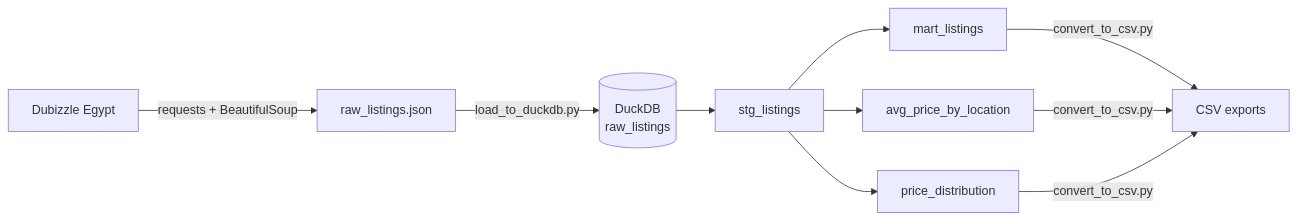
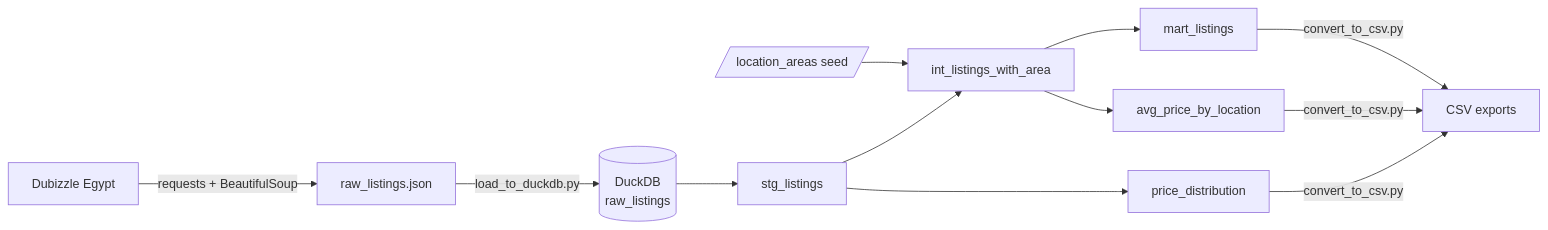
Before and after one commit to GigiMW/egypt-realestate-pipeline: the diagram in README.md, drawn with Mermaid. The commit also changed other lines of this file and 13 other files, not shown here.

First line of the commit message:
Map listings to clean areas and add CI

````diff
--- a/README.md
+++ b/README.md
@@ -11,10 +13,12 @@
 ```mermaid
 flowchart LR
     A[Dubizzle Egypt] -->|requests + BeautifulSoup| B[raw_listings.json]
     B -->|load_to_duckdb.py| C[(DuckDB<br/>raw_listings)]
     C --> D[stg_listings]
-    D --> E[mart_listings]
-    D --> F[avg_price_by_location]
+    S[/location_areas seed/] --> I
+    D --> I[int_listings_with_area]
+    I --> E[mart_listings]
+    I --> F[avg_price_by_location]
     D --> G[price_distribution]
     E & F & G -->|convert_to_csv.py| H[CSV exports]
 ```
````
